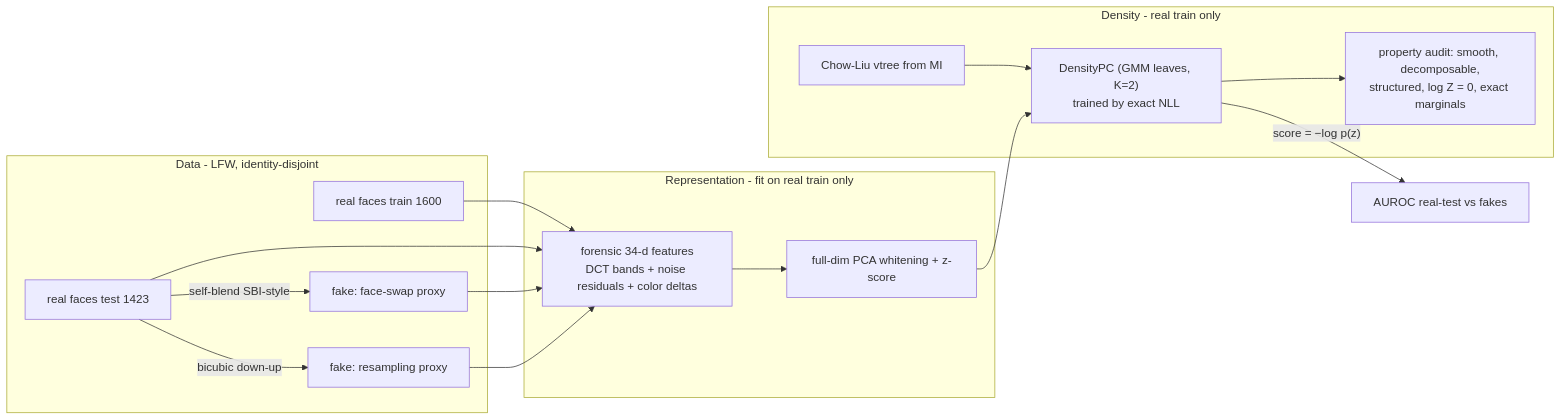
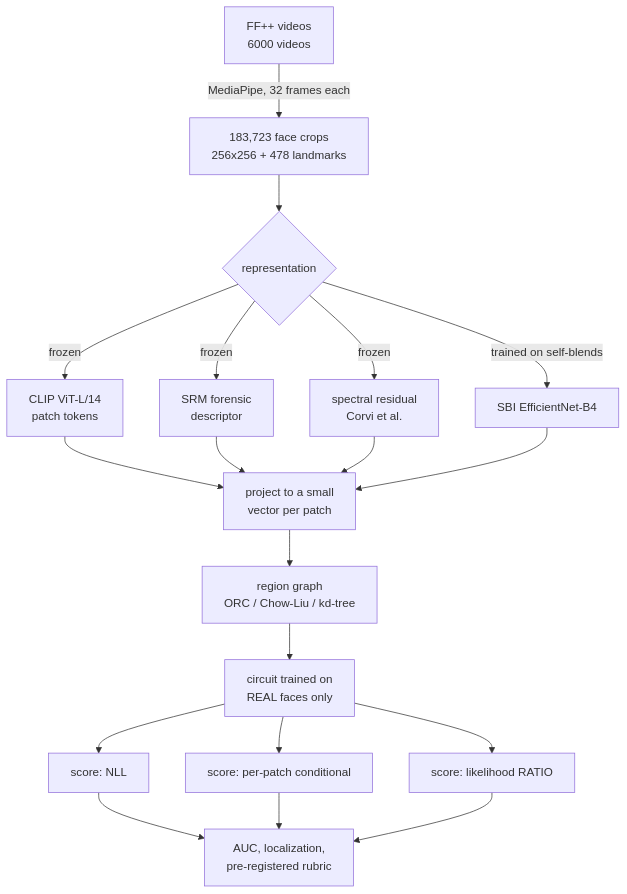
The diagram in POC.md (NielsenErik/DeepFakeDet), drawn with Mermaid before and after one commit. The commit also changed other lines of this file and 29 other files, not shown here.

````diff
--- a/POC.md
+++ b/POC.md
@@ -109,27 +147,16 @@
 ```mermaid
-flowchart LR
-    subgraph data [Data - LFW, identity-disjoint]
-        R[real faces train 1600] 
-        T[real faces test 1423]
-        T -->|self-blend SBI-style| F1[fake: face-swap proxy]
-        T -->|bicubic down-up| F2[fake: resampling proxy]
-    end
-    subgraph feat [Representation - fit on real train only]
-        E[forensic 34-d features<br/>DCT bands + noise residuals + color deltas]
-        W[full-dim PCA whitening + z-score]
-        E --> W
-    end
-    subgraph pc [Density - real train only]
-        V[Chow-Liu vtree from MI]
-        D["DensityPC (GMM leaves, K=2)<br/>trained by exact NLL"]
-        V --> D
-        A["property audit: smooth, decomposable,<br/>structured, log Z = 0, exact marginals"]
-        D --> A
-    end
-    R --> E
-    T --> E
-    F1 --> E
-    F2 --> E
-    W --> D
-    D -->|"score = −log p(z)"| S[AUROC real-test vs fakes]
+flowchart TD
+    A[FF++ videos<br/>6000 videos] -->|MediaPipe, 32 frames each| B[183,723 face crops<br/>256x256 + 478 landmarks]
+    B --> C{representation}
+    C -->|frozen| C1[CLIP ViT-L/14<br/>patch tokens]
+    C -->|frozen| C2[SRM forensic<br/>descriptor]
+    C -->|frozen| C3[spectral residual<br/>Corvi et al.]
+    C -->|trained on self-blends| C4[SBI EfficientNet-B4]
+    C1 & C2 & C3 & C4 --> D[project to a small<br/>vector per patch]
+    D --> E[region graph<br/>ORC / Chow-Liu / kd-tree]
+    E --> F[circuit trained on<br/>REAL faces only]
+    F --> G1[score: NLL]
+    F --> G2[score: per-patch conditional]
+    F --> G3[score: likelihood RATIO]
+    G1 & G2 & G3 --> H[AUC, localization,<br/>pre-registered rubric]
 ```
````
